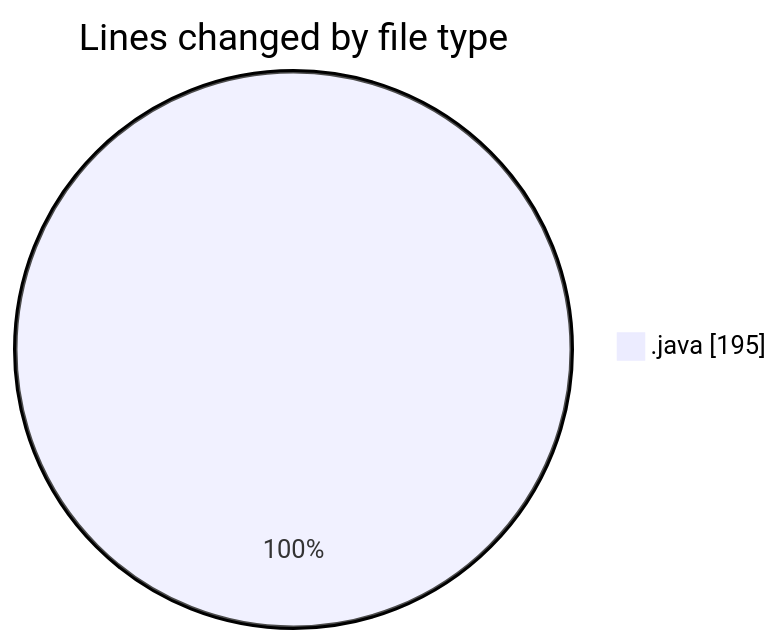
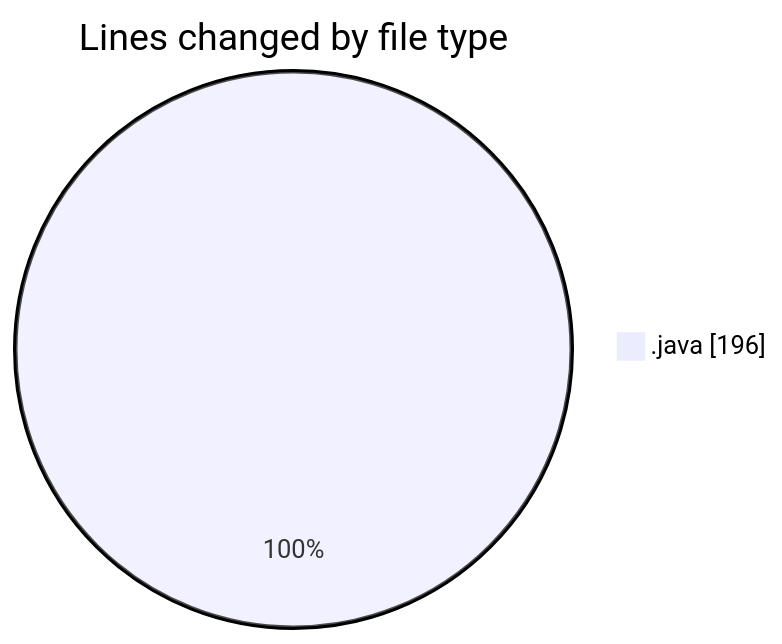
Before and after one commit to NitaiMahat/code-tracking: the first of 2 diagrams in 2025-02-27/project1/README.md, drawn with Mermaid. The commit also changed other lines of this file and 1 other file, not shown here.

````diff
--- a/2025-02-27/project1/README.md
+++ b/2025-02-27/project1/README.md
@@ -20,5 +20,5 @@
 ```mermaid
 pie showData
 title Lines changed by file type
-".java" : 195
+".java" : 196
 ```
````
